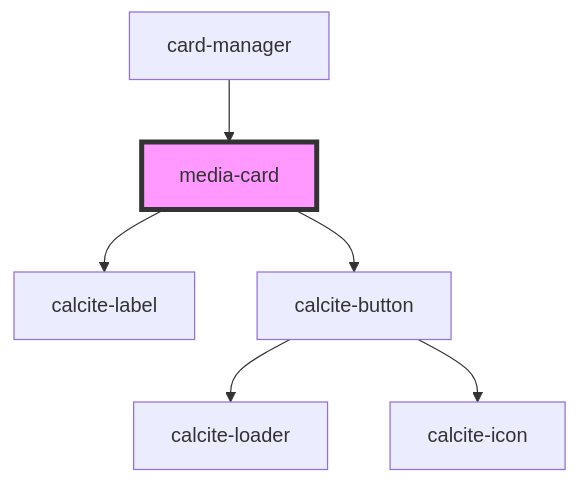
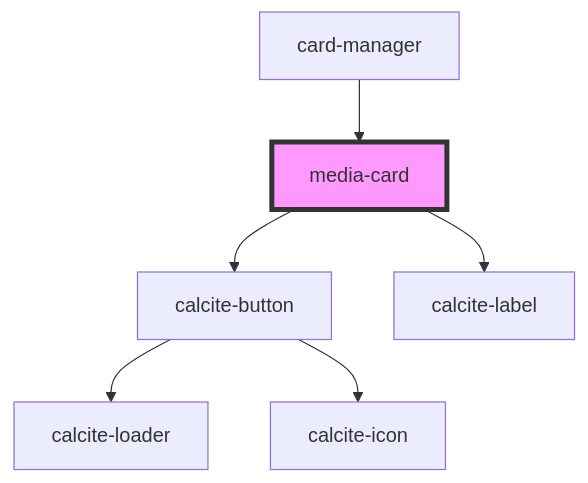
Before and after one commit to Esri/solutions-components: the diagram in src/components/media-card/readme.md, drawn with Mermaid. The commit also changed other lines of this file and 8 other files, not shown here.

````diff
--- a/src/components/media-card/readme.md
+++ b/src/components/media-card/readme.md
@@ -27,9 +27,9 @@
 ```mermaid
 graph TD;
+  media-card --> calcite-button
   media-card --> calcite-label
-  media-card --> calcite-button
   calcite-button --> calcite-loader
   calcite-button --> calcite-icon
   card-manager --> media-card
   style media-card fill:#f9f,stroke:#333,stroke-width:4px
 ```
````
